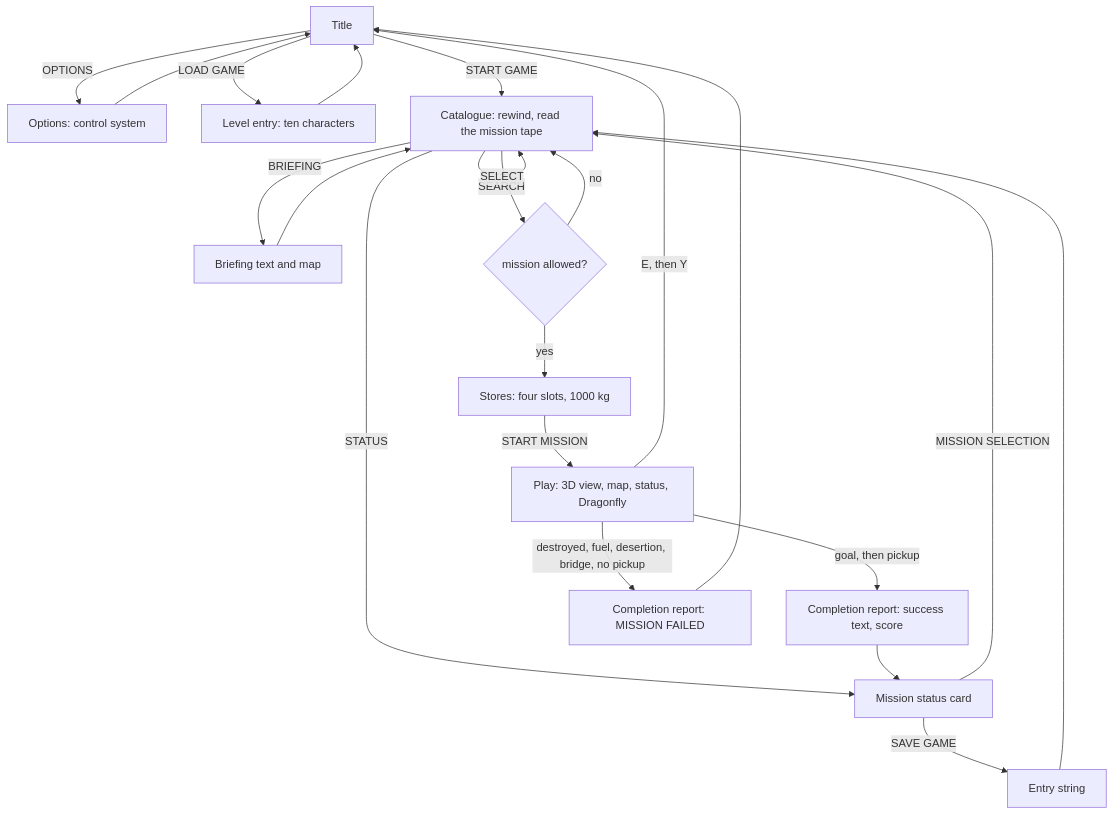
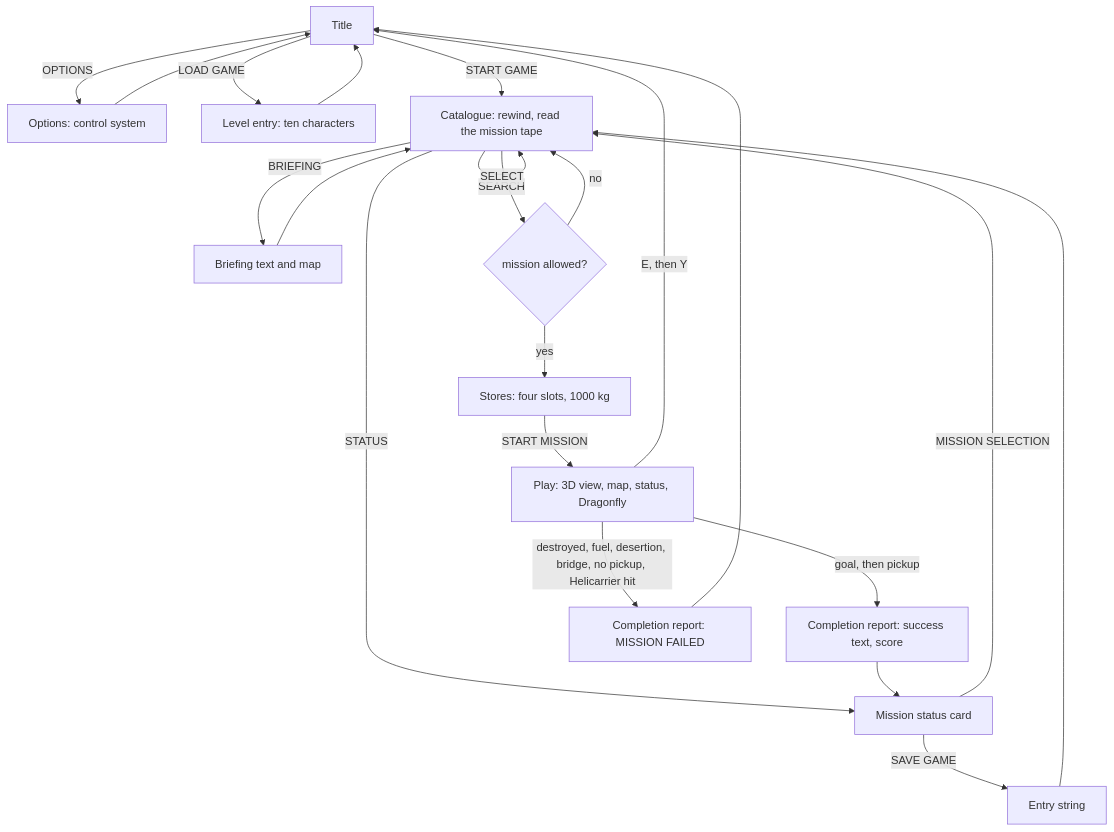
The first of 5 diagrams in games/battle-command/docs/01-game-design.md (alfishe/unrealng-reverse-cases), drawn with Mermaid before and after one commit. The commit also changed other lines of this file and 46 other files, not shown here.

````diff
--- a/games/battle-command/docs/01-game-design.md
+++ b/games/battle-command/docs/01-game-design.md
@@ -80,24 +80,24 @@
 ```mermaid
 flowchart TD
     T[Title] -- OPTIONS --> O[Options: control system]
     O --> T
     T -- LOAD GAME --> L[Level entry: ten characters]
     L --> T
     T -- START GAME --> C[Catalogue: rewind, read the mission tape]
     C -- SEARCH --> C
     C -- BRIEFING --> B[Briefing text and map]
     B --> C
     C -- STATUS --> S[Mission status card]
     S -- SAVE GAME --> E[Entry string]
     E --> C
     S -- MISSION SELECTION --> C
     C -- SELECT --> LD{mission allowed?}
     LD -- no --> C
     LD -- yes --> ST[Stores: four slots, 1000 kg]
     ST -- START MISSION --> P[Play: 3D view, map, status, Dragonfly]
     P -- goal, then pickup --> W[Completion report: success text, score]
-    P -- destroyed, fuel, desertion, bridge, no pickup --> F[Completion report: MISSION FAILED]
+    P -- destroyed, fuel, desertion, bridge, no pickup, Helicarrier hit --> F[Completion report: MISSION FAILED]
     P -- E, then Y --> T
     W --> S
     F --> T
 ```
````
